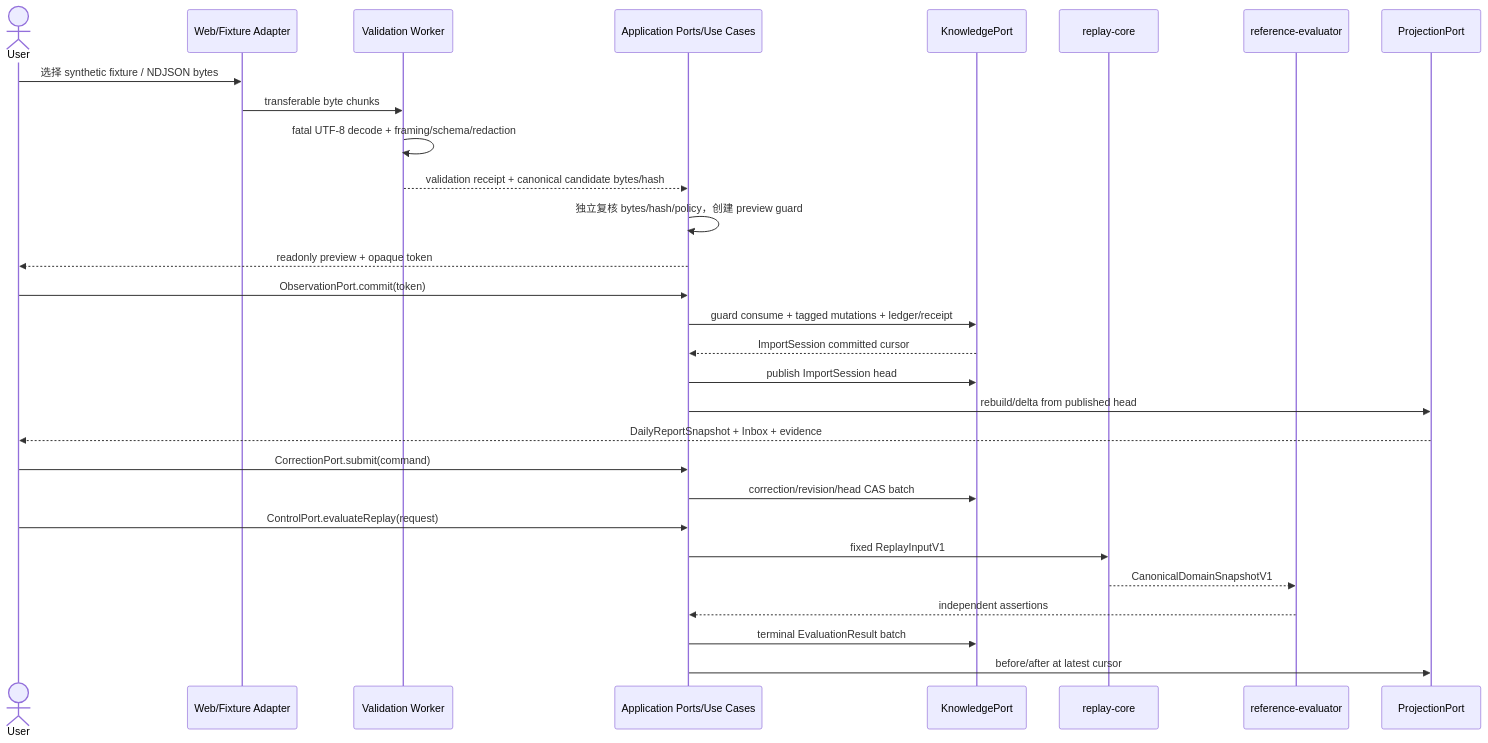
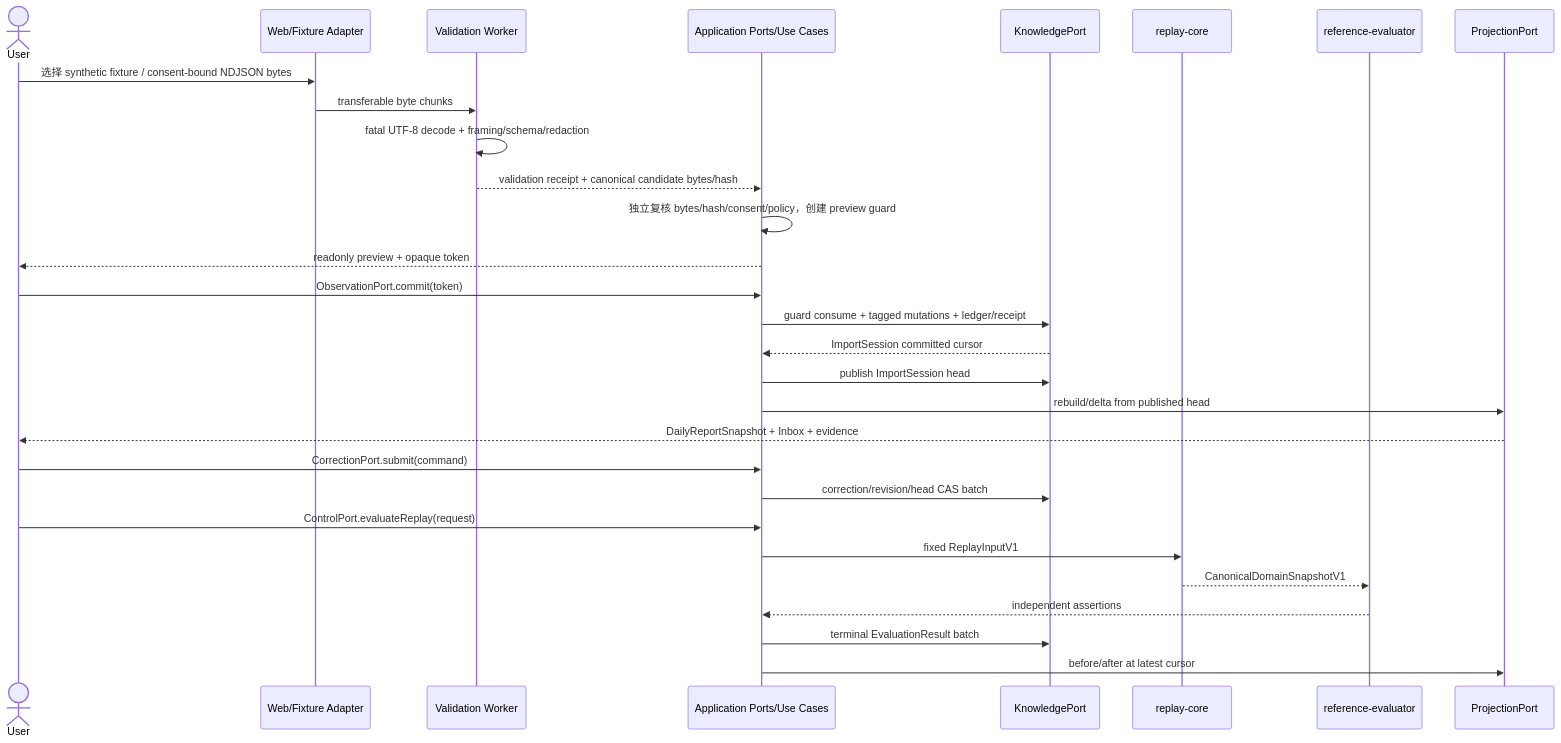
Before and after one commit to ra1nzzz/ProAGI: the third of 3 diagrams in docs/final/ARCH.md, drawn with Mermaid. The commit also changed other lines of this file and 18 other files, not shown here.

Commit message:
fix: bind NDJSON import to consent scope

````diff
--- a/docs/final/ARCH.md
+++ b/docs/final/ARCH.md
@@ -152,32 +152,32 @@
 ```mermaid
 sequenceDiagram
   actor User
   participant Input as Web/Fixture Adapter
   participant Worker as Validation Worker
   participant App as Application Ports/Use Cases
   participant Store as KnowledgePort
   participant Replay as replay-core
   participant Eval as reference-evaluator
   participant Projection as ProjectionPort
 
-  User->>Input: 选择 synthetic fixture / NDJSON bytes
+  User->>Input: 选择 synthetic fixture / consent-bound NDJSON bytes
   Input->>Worker: transferable byte chunks
   Worker->>Worker: fatal UTF-8 decode + framing/schema/redaction
   Worker-->>App: validation receipt + canonical candidate bytes/hash
-  App->>App: 独立复核 bytes/hash/policy，创建 preview guard
+  App->>App: 独立复核 bytes/hash/consent/policy，创建 preview guard
   App-->>User: readonly preview + opaque token
   User->>App: ObservationPort.commit(token)
   App->>Store: guard consume + tagged mutations + ledger/receipt
   Store-->>App: ImportSession committed cursor
   App->>Store: publish ImportSession head
   App->>Projection: rebuild/delta from published head
   Projection-->>User: DailyReportSnapshot + Inbox + evidence
   User->>App: CorrectionPort.submit(command)
   App->>Store: correction/revision/head CAS batch
   User->>App: ControlPort.evaluateReplay(request)
   App->>Replay: fixed ReplayInputV1
   Replay-->>Eval: CanonicalDomainSnapshotV1
   Eval-->>App: independent assertions
   App->>Store: terminal EvaluationResult batch
   App->>Projection: before/after at latest cursor
 ```
````
